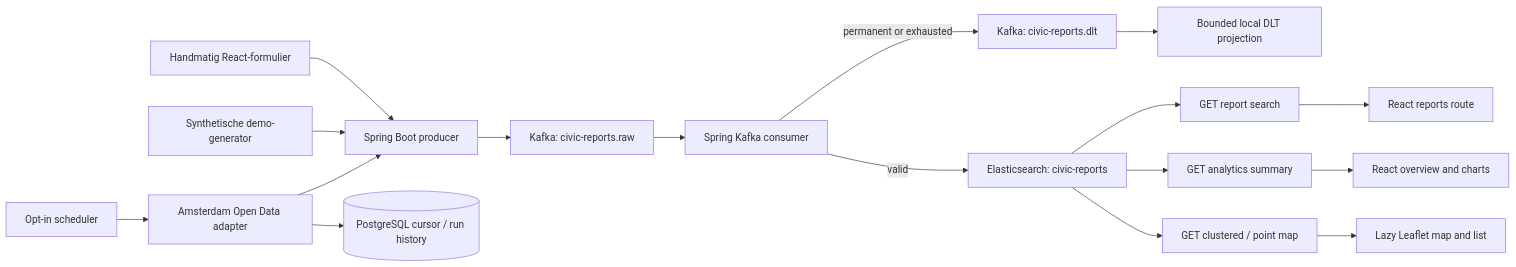
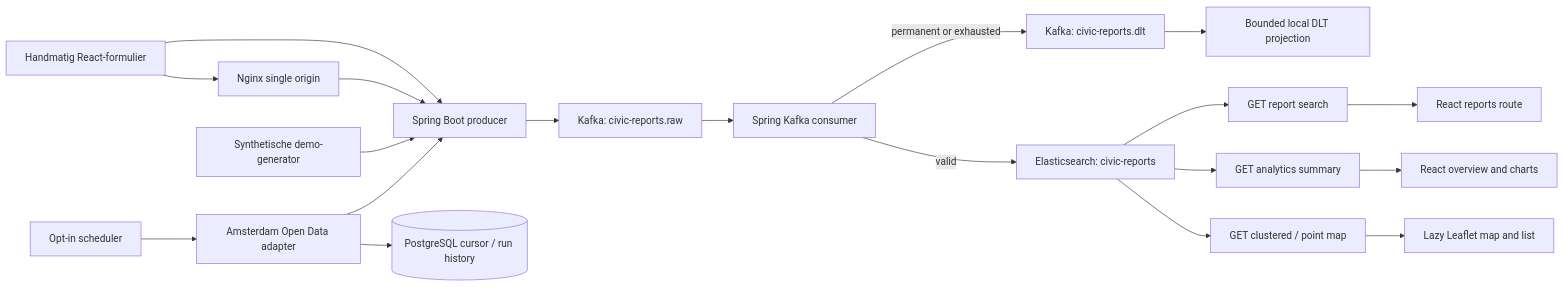
One commit to salahooo/CivicSignalNL changed the diagram in docs/architecture.md. Above: the diagram before and after it, drawn with Mermaid. The commit also changed other lines of this file and 44 other files, not shown here.

````diff
--- a/docs/architecture.md
+++ b/docs/architecture.md
@@ -3,19 +3,21 @@
 ```mermaid
 flowchart LR
     A[Handmatig React-formulier] --> B[Spring Boot producer]
+    N[Nginx single origin] --> B
+    A --> N
     X[Synthetische demo-generator] --> B
     S[Opt-in scheduler] --> Y[Amsterdam Open Data adapter]
     Y --> P[(PostgreSQL cursor / run history)]
     Y --> B
     B --> C[Kafka: civic-reports.raw]
     C --> D[Spring Kafka consumer]
     D -->|valid| E[Elasticsearch: civic-reports]
     D -->|permanent or exhausted| G[Kafka: civic-reports.dlt]
     G --> H[Bounded local DLT projection]
     E --> F[GET report search]
     E --> I[GET analytics summary]
     E --> J[GET clustered / point map]
     F --> R[React reports route]
     I --> Q[React overview and charts]
     J --> M[Lazy Leaflet map and list]
 ```
````
